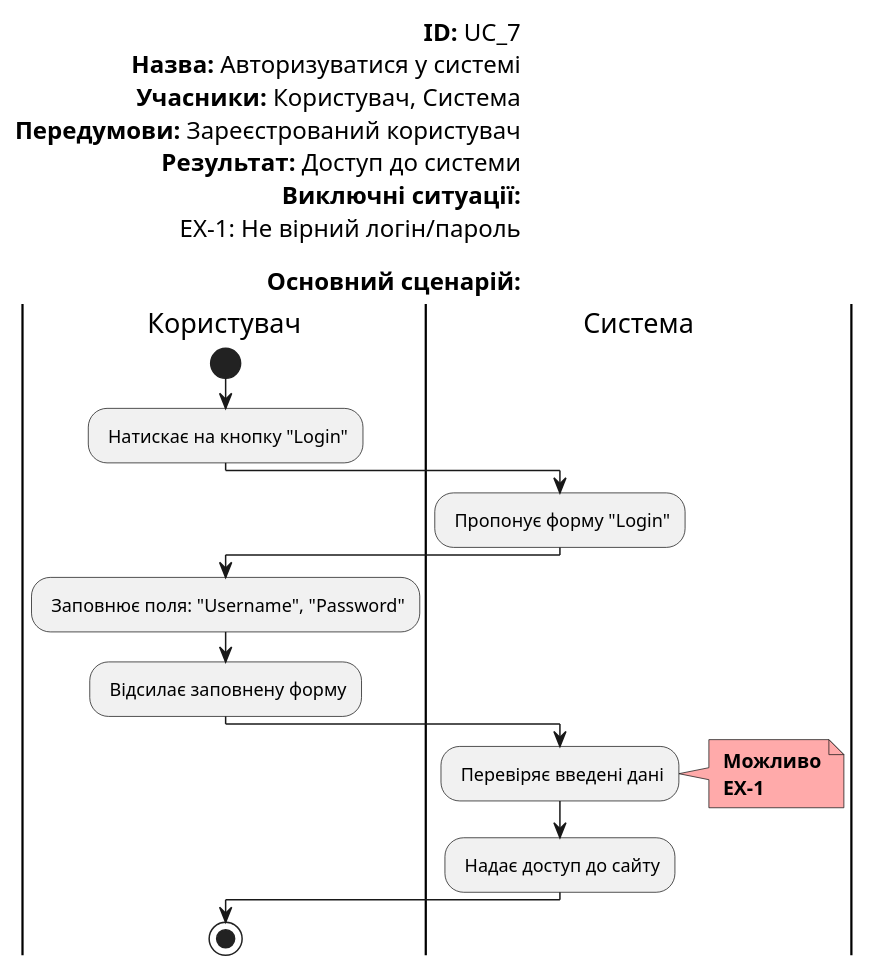
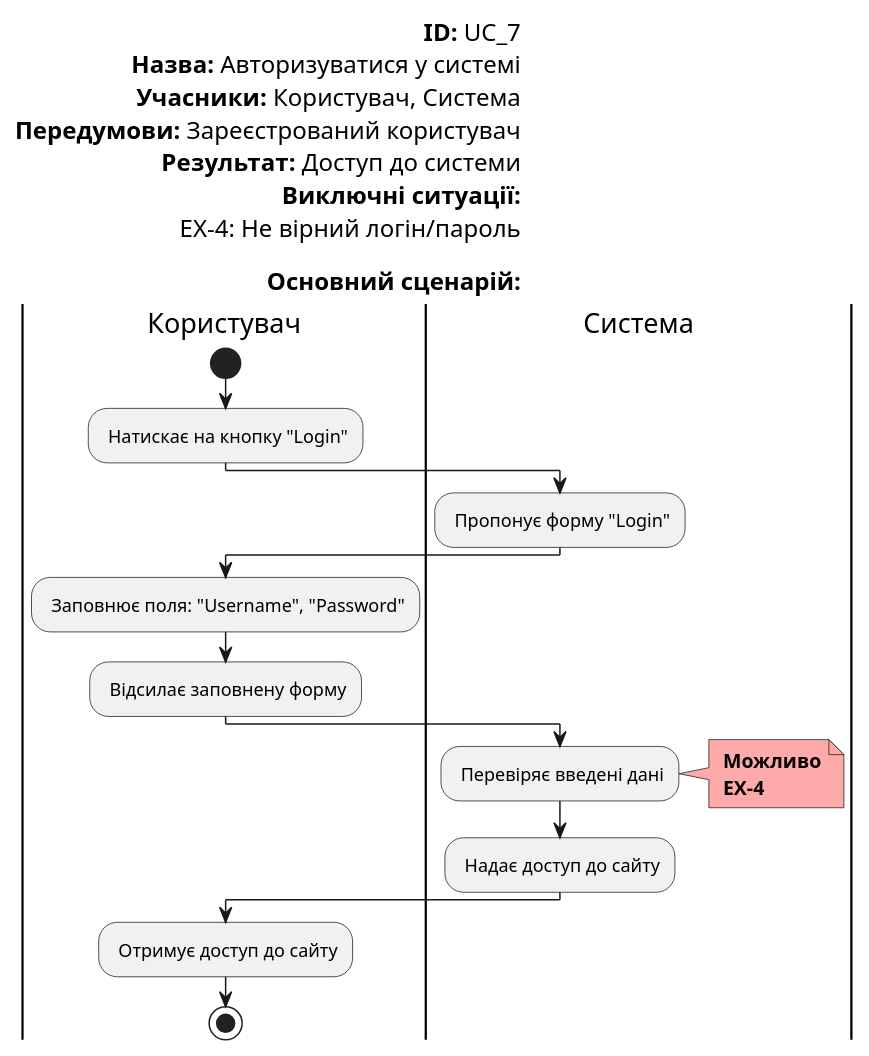
One commit to horidor/open-data-management-system changed diagram 12 of 13 in docs/use cases/README.md. Above: the diagram before and after it, drawn with PlantUML. The commit also changed other lines of this file, not shown here.

```diff
--- a/docs/use cases/README.md
+++ b/docs/use cases/README.md
@@ -337,32 +337,33 @@
 @startuml
 
     left header
         <font color=000 size=16><b>ID:</b> UC_7
         <font color=000 size=16><b>Назва:</b> Авторизуватися у системі
         <font color=000 size=16><b>Учасники:</b> Користувач, Система
         <font color=000 size=16><b>Передумови:</b> Зареєстрований користувач
         <font color=000 size=16><b>Результат:</b> Доступ до системи
         <font color=000 size=16><b>Виключні ситуації:</b>
-        <font color=000 size=16>EX-1: Не вірний логін/пароль
+        <font color=000 size=16>EX-4: Не вірний логін/пароль
         
         <font color=000 size=16><b>Основний сценарій:</b>
     end header
 
     |Користувач|
         start
         : Натискає на кнопку "Login";
     |Система|
         : Пропонує форму "Login";
     |Користувач|
         : Заповнює поля: "Username", "Password";
         : Відсилає заповнену форму;
     |Система|
         : Перевіряє введені дані;
         note right #ffaaaa
         <b> Можливо
-        <b> EX-1
+        <b> EX-4
         end note
         : Надає доступ до сайту;
     |Користувач|
+        : Отримує доступ до сайту;
         stop;
 @enduml
```
